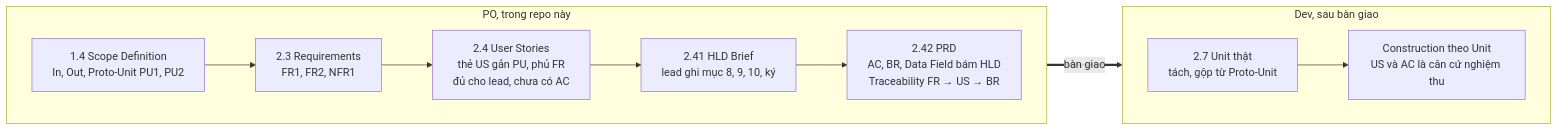
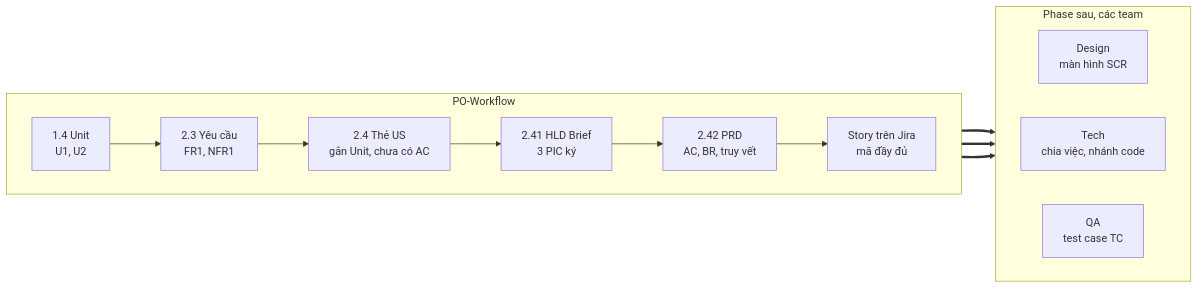
The second of 2 diagrams in README.md (sonhero981/upbase-specs-test), drawn with Mermaid before and after one commit. The commit also changed other lines of this file and 334 other files, not shown here.

First line of the commit message:
Engine 2.1.0: tách engine khỏi .claude, Story List cho Jira, chuẩn bàn giao

````diff
--- a/README.md
+++ b/README.md
@@ -68,14 +135,20 @@
 ```mermaid
 flowchart LR
-    subgraph PO["PO, trong repo này"]
+    subgraph PO["PO-Workflow"]
         direction LR
-        S14["1.4 Scope Definition<br/>In, Out, Proto-Unit PU1, PU2"] --> S23["2.3 Requirements<br/>FR1, FR2, NFR1"]
-        S23 --> S24["2.4 User Stories<br/>thẻ US gắn PU, phủ FR<br/>đủ cho lead, chưa có AC"]
-        S24 --> S241["2.41 HLD Brief<br/>lead ghi mục 8, 9, 10, ký"] --> S242["2.42 PRD<br/>AC, BR, Data Field bám HLD<br/>Traceability FR → US → BR"]
+        S14["1.4 Unit<br/>U1, U2"] --> S23["2.3 Yêu cầu<br/>FR1, NFR1"]
+        S23 --> S24["2.4 Thẻ US<br/>gắn Unit, chưa có AC"]
+        S24 --> S241["2.41 HLD Brief<br/>3 PIC ký"]
+        S241 --> S242["2.42 PRD<br/>AC, BR, truy vết"]
+        S242 --> ST["Story trên Jira<br/>mã đầy đủ"]
     end
-    subgraph DEV["Dev, sau bàn giao"]
+    subgraph NEXT["Phase sau, các team"]
         direction LR
-        U["2.7 Unit thật<br/>tách, gộp từ Proto-Unit"] --> C["Construction theo Unit<br/>US và AC là căn cứ nghiệm thu"]
+        D["Design<br/>màn hình SCR"]
+        T["Tech<br/>chia việc, nhánh code"]
+        Q["QA<br/>test case TC"]
     end
-    S242 ==>|"bàn giao"| U
+    ST ==> D
+    ST ==> T
+    ST ==> Q
 ```
````
